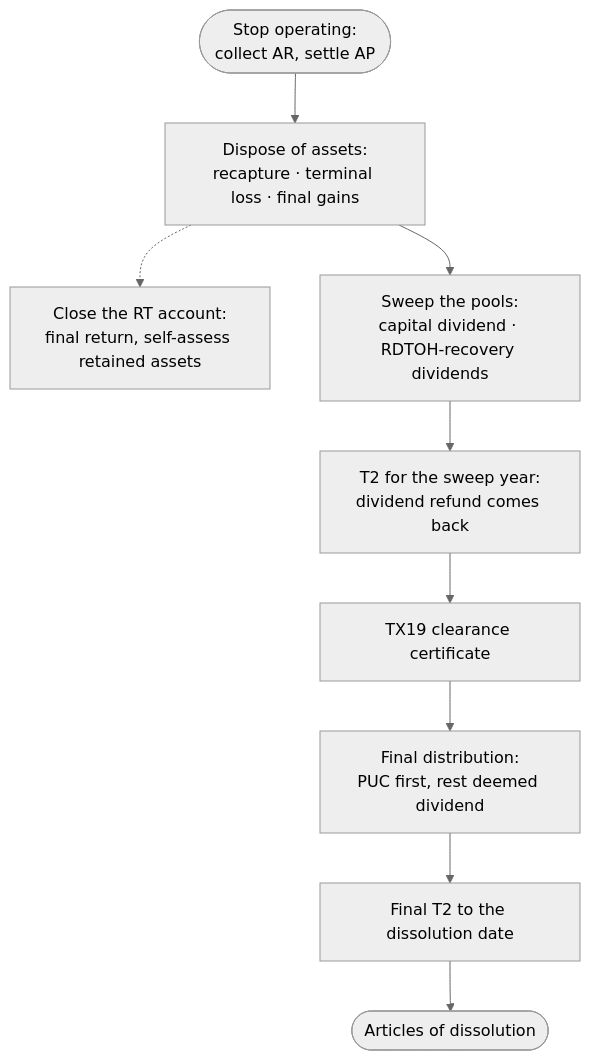
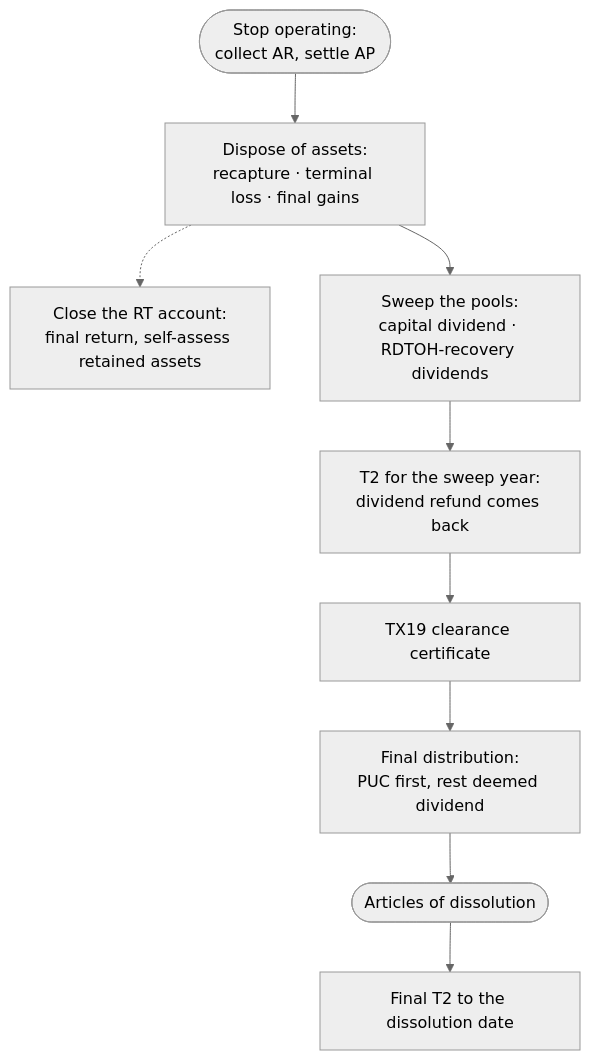
Before and after one commit to alexoooo/canadian-corp-info: the diagram in guide/Corporate-Lifecycle/Winding-Down.md, drawn with Mermaid (neutral theme). The commit also changed other lines of this file and 43 other files, not shown here.

````diff
--- a/guide/Corporate-Lifecycle/Winding-Down.md
+++ b/guide/Corporate-Lifecycle/Winding-Down.md
@@ -31,15 +31,15 @@
 ```mermaid
 flowchart TB
     STOP(["Stop operating:<br/>collect AR, settle AP"])
     ASSETS["Dispose of assets:<br/>recapture · terminal loss · final gains"]
     HST["Close the RT account:<br/>final return, self-assess retained assets"]
     SWEEP["Sweep the pools:<br/>capital dividend · RDTOH-recovery dividends"]
     T2A["T2 for the sweep year:<br/>dividend refund comes back"]
     DIST["Final distribution:<br/>PUC first, rest deemed dividend"]
     T2B["Final T2 to the dissolution date"]
     CLR["TX19 clearance certificate"]
     DISS(["Articles of dissolution"])
 
-    STOP --> ASSETS --> SWEEP --> T2A --> CLR --> DIST --> T2B --> DISS
+    STOP --> ASSETS --> SWEEP --> T2A --> CLR --> DIST --> DISS --> T2B
     ASSETS -.-> HST
 ```
````
